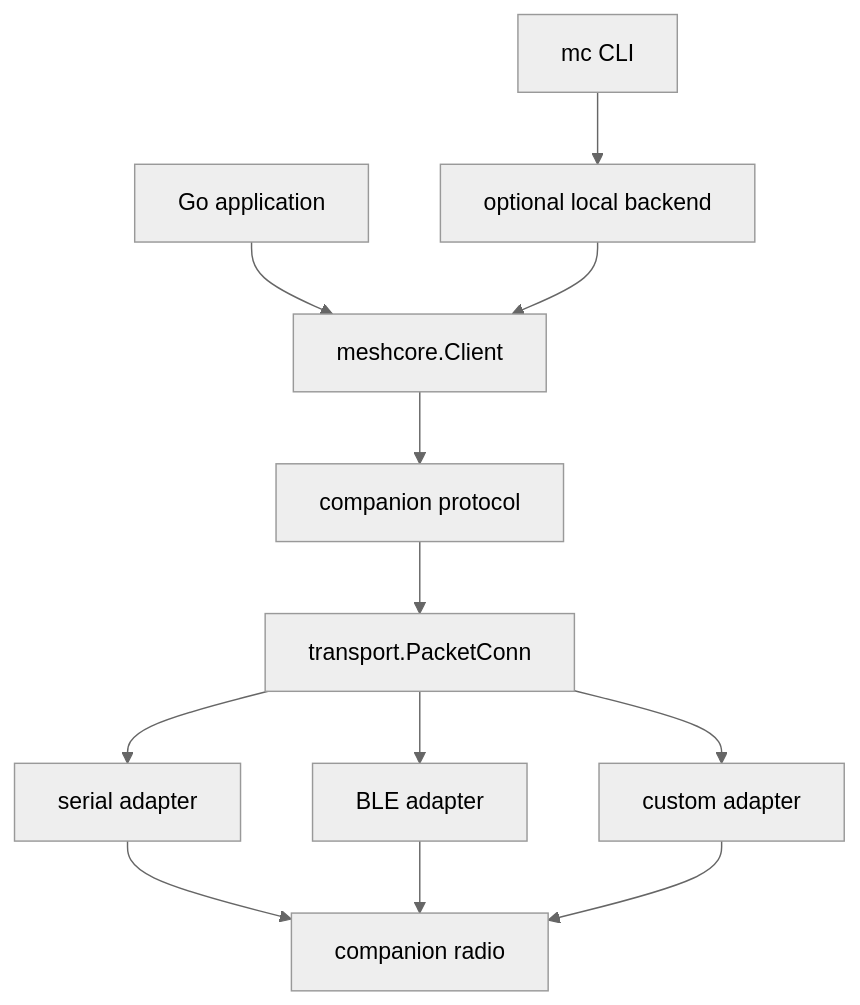
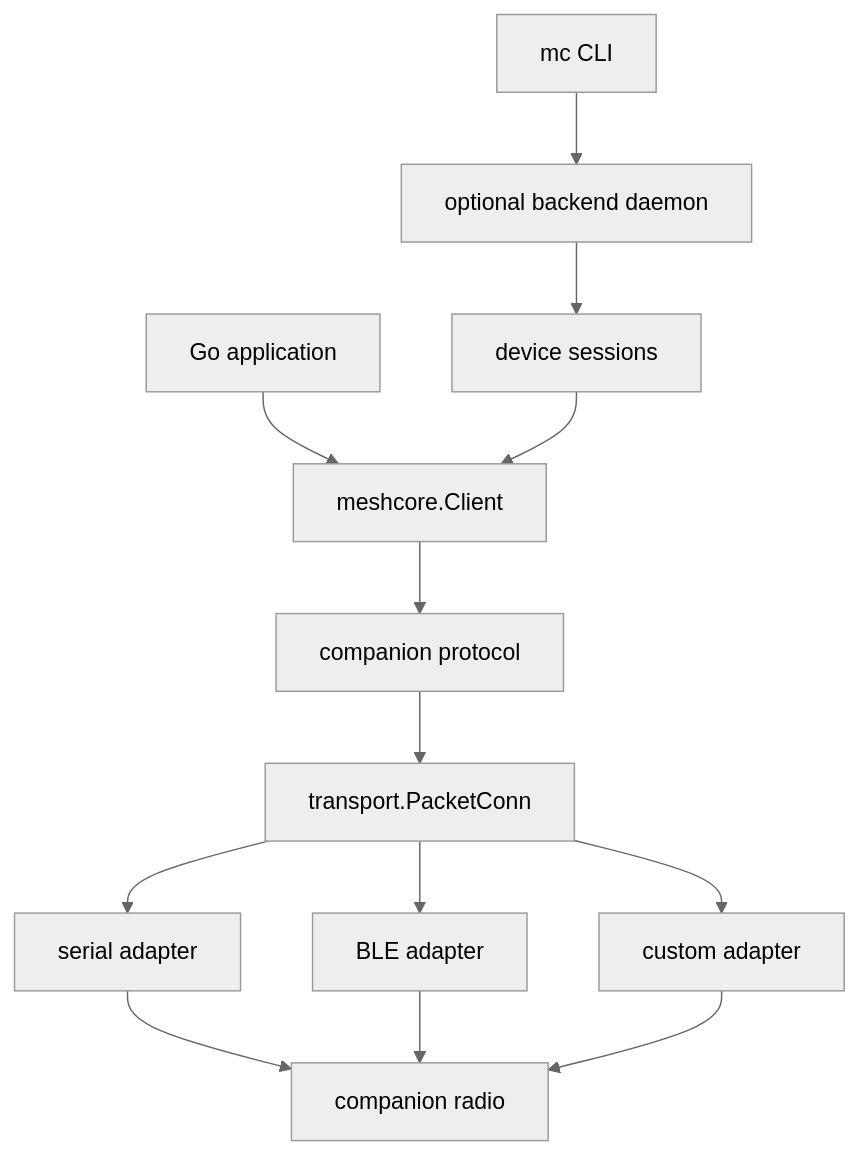
Before and after one commit to meshcore-cz/meshcore-go: the diagram in README.md, drawn with Mermaid (neutral theme). The commit also changed other lines of this file and 1 other file, not shown here.

Commit message:
feat: enhance backend documentation to clarify multi-session support and daemon management

````diff
--- a/README.md
+++ b/README.md
@@ -181,17 +181,18 @@
 ```mermaid
 flowchart TD
     APP[Go application] --> CLIENT[meshcore.Client]
-    CLI[mc CLI] --> BACKEND[optional local backend]
-    BACKEND --> CLIENT
+    CLI[mc CLI] --> DAEMON[optional backend daemon]
+    DAEMON --> SESSION[device sessions]
+    SESSION --> CLIENT
 
     CLIENT --> PROTOCOL[companion protocol]
     PROTOCOL --> TRANSPORT[transport.PacketConn]
 
     TRANSPORT --> SERIAL[serial adapter]
     TRANSPORT --> BLE[BLE adapter]
     TRANSPORT --> CUSTOM[custom adapter]
 
     SERIAL --> RADIO[companion radio]
     BLE --> RADIO
     CUSTOM --> RADIO
 ```
````
